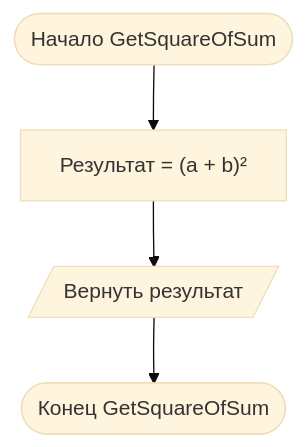
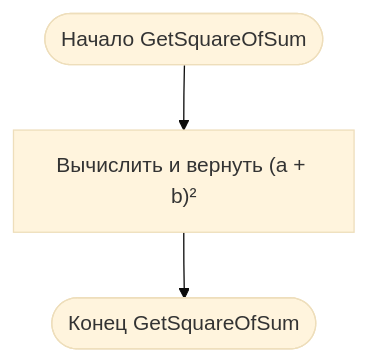
Before and after one commit to lonelyy228/algoritmization-ibd621-2-variant-25-rework: the fourth of 4 diagrams in Task 1/Task 1-2/Отчёт.md, drawn with Mermaid (base theme). The commit also changed other lines of this file, not shown here.

Commit message:
Исправлены блок-схемы задания 1.2

````diff
--- a/Task 1/Task 1-2/Отчёт.md
+++ b/Task 1/Task 1-2/Отчёт.md
@@ -42,6 +40,5 @@
 ```mermaid
 flowchart TD
-    A([Начало GetSquareOfSum]) --> B["Результат = (a + b)²"]
-    B --> C[/"Вернуть результат"/]
-    C --> D([Конец GetSquareOfSum])
+    A([Начало GetSquareOfSum]) --> B["Вычислить и вернуть (a + b)²"]
+    B --> C([Конец GetSquareOfSum])
 ```
````
